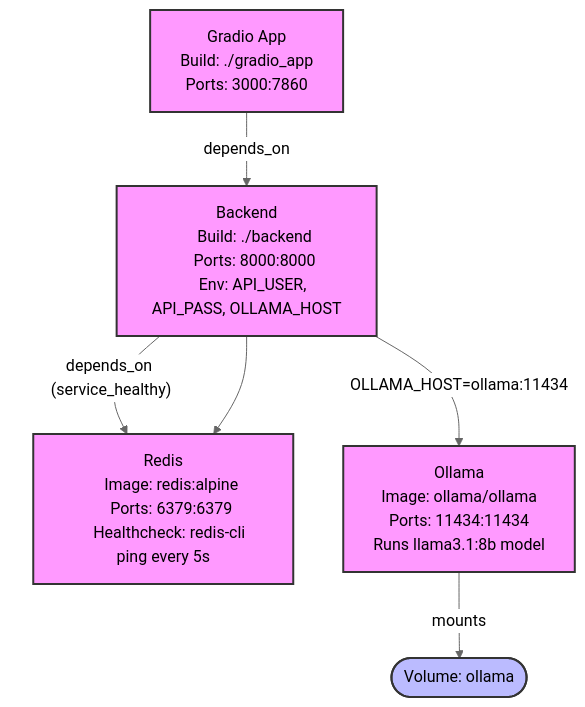
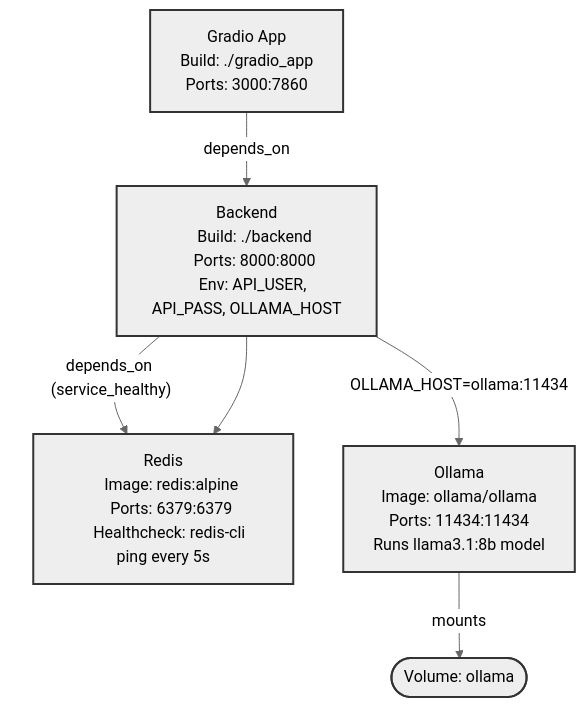
The diagram in README.md (detrin/yt-search), drawn with Mermaid (neutral theme) before and after one commit.

````diff
--- a/README.md
+++ b/README.md
@@ -45,35 +45,35 @@
 ```mermaid
 %% Docker Compose Service Architecture
 graph TD
     Redis["Redis
     Image: redis:alpine
     Ports: 6379:6379
     Healthcheck: redis-cli ping every 5s"]
     
     Volume_ollama([Volume: ollama])
     
     Ollama["Ollama
     Image: ollama/ollama
     Ports: 11434:11434
     Runs llama3.1:8b model"]
     
     Backend["Backend
     Build: ./backend
     Ports: 8000:8000
     Env: API_USER, API_PASS, OLLAMA_HOST"]
     
     Gradio["Gradio App
     Build: ./gradio_app
     Ports: 3000:7860"]
     
     Backend -->|"depends_on (service_healthy)"| Redis
     Gradio -->|depends_on| Backend
     Ollama -->|mounts| Volume_ollama
     Backend -->|"OLLAMA_HOST=ollama:11434"| Ollama
     Backend --> Redis
 
-    classDef service fill:#f9f,stroke:#333,stroke-width:2px;
-    classDef volume fill:#bbf,stroke:#333,stroke-width:2px;
+    classDef service stroke:#333,stroke-width:2px;
+    classDef volume stroke:#333,stroke-width:2px;
     class Redis,Ollama,Backend,Gradio service;
     class Volume_ollama volume;
 ```
````
